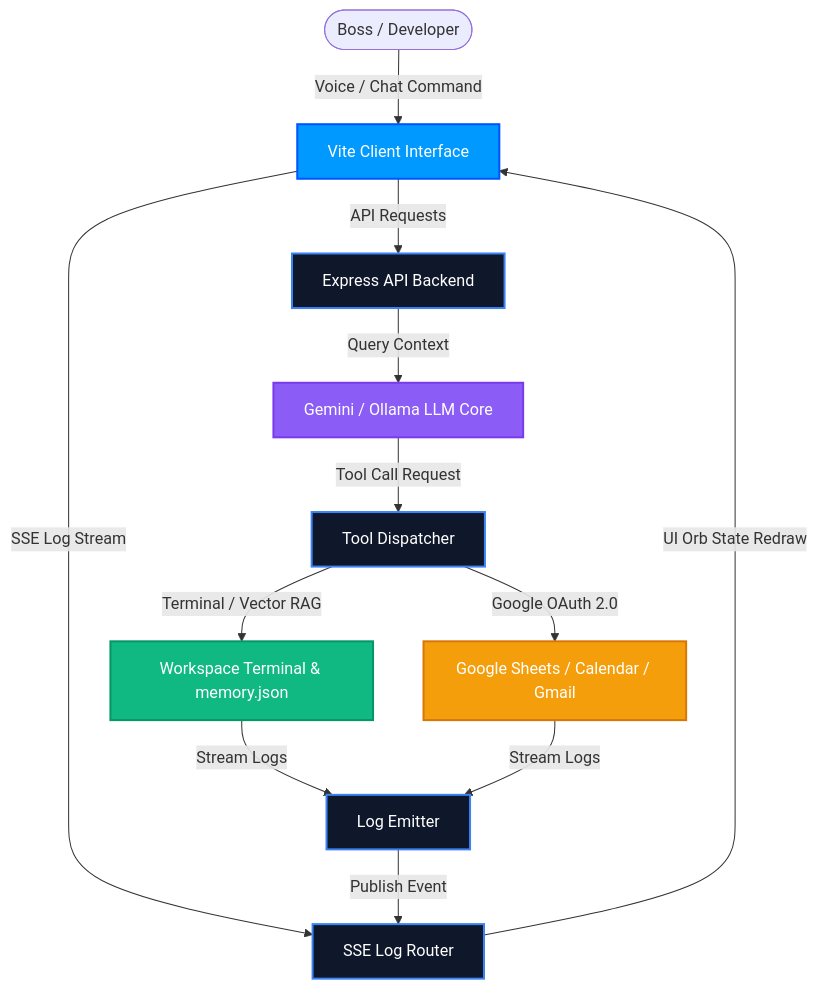
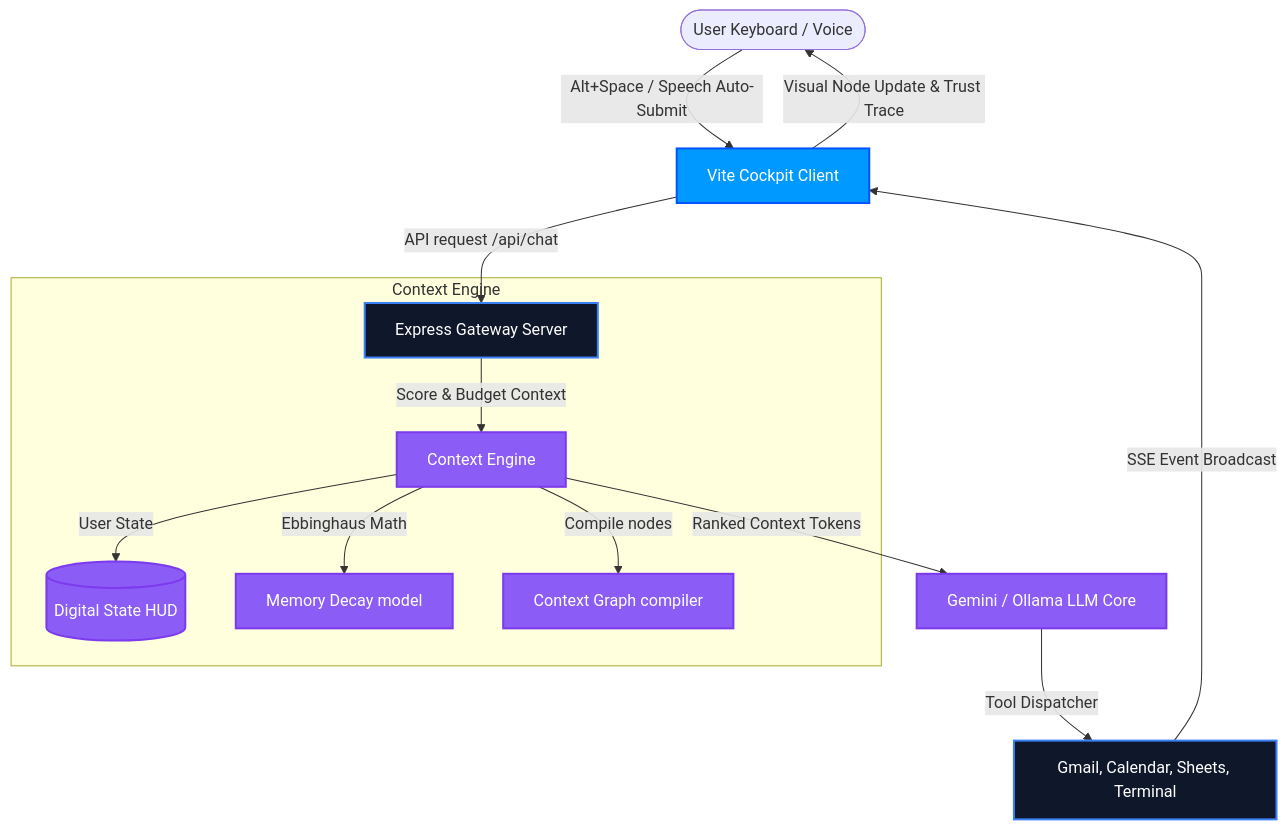
Before and after one commit to shrey-ypse/FR-Friday-os: the first of 2 diagrams in README.md, drawn with Mermaid. The commit also changed other lines of this file and 4 other files, not shown here.

Commit message:
Arch: Migrated FRIDAY OS to Context-Aware Operating Layer with Ebbinghaus memory decay, Digital State HUD, and Context Graphing

````diff
--- a/README.md
+++ b/README.md
@@ -9,23 +18,24 @@
 ```mermaid
 graph TD
     classDef client fill:#0099ff,stroke:#0055ff,stroke-width:2px,color:#fff;
     classDef server fill:#0f172a,stroke:#3b82f6,stroke-width:2px,color:#fff;
-    classDef ai fill:#8b5cf6,stroke:#7c3aed,stroke-width:2px,color:#fff;
+    classDef engine fill:#8b5cf6,stroke:#7c3aed,stroke-width:2px,color:#fff;
     classDef local fill:#10b981,stroke:#059669,stroke-width:2px,color:#fff;
     classDef cloud fill:#f59e0b,stroke:#d97706,stroke-width:2px,color:#fff;
 
-    User([Boss / Developer]) -->|Voice / Chat Command| Client[Vite Client Interface]:::client
-    Client -->|SSE Log Stream| SSE[SSE Log Router]:::server
-    Client -->|API Requests| Router[Express API Backend]:::server
+    User([User Keyboard / Voice]) -->|Alt+Space / Speech Auto-Submit| UI[Vite Cockpit Client]:::client
+    UI -->|API request /api/chat| Express[Express Gateway Server]:::server
     
-    Router -->|Query Context| AI[Gemini / Ollama LLM Core]:::ai
-    AI -->|Tool Call Request| Dispatcher[Tool Dispatcher]:::server
+    subgraph Context Engine
+        Express -->|Score & Budget Context| Engine[Context Engine]:::engine
+        Engine -->|User State| HUD[(Digital State HUD)]:::engine
+        Engine -->|Ebbinghaus Math| Decay[Memory Decay model]:::engine
+        Engine -->|Compile nodes| Graph[Context Graph compiler]:::engine
+    end
     
-    Dispatcher -->|Terminal / Vector RAG| Local[Workspace Terminal & memory.json]:::local
-    Dispatcher -->|Google OAuth 2.0| Cloud[Google Sheets / Calendar / Gmail]:::cloud
+    Engine -->|Ranked Context Tokens| LLM[Gemini / Ollama LLM Core]:::engine
+    LLM -->|Tool Dispatcher| Tools[Gmail, Calendar, Sheets, Terminal]:::server
     
-    Local -->|Stream Logs| Emitter[Log Emitter]:::server
-    Cloud -->|Stream Logs| Emitter
-    Emitter -->|Publish Event| SSE
-    SSE -->|UI Orb State Redraw| Client
+    Tools -->|SSE Event Broadcast| UI
+    UI -->|Visual Node Update & Trust Trace| User
 ```
````
